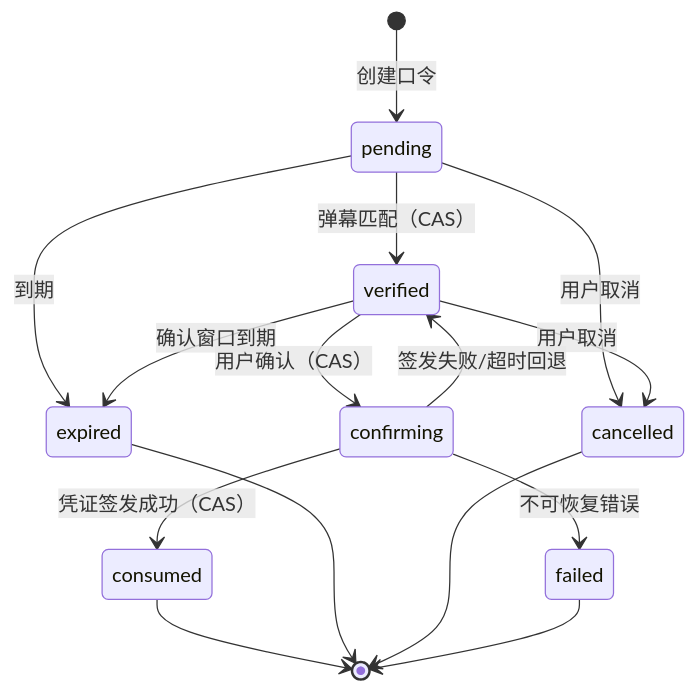
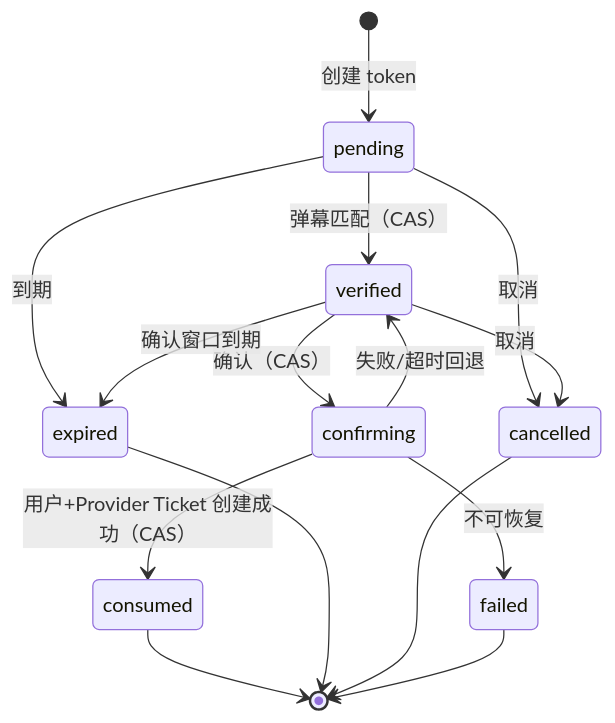
Before and after one commit to Deliay/z-vtuber: the third of 8 diagrams in docs/engineering/proposals/20261119-proposal-danmaku-account-auth.md, drawn with Mermaid. The commit also changed other lines of this file and 1 other file, not shown here.

````diff
--- a/docs/engineering/proposals/20261119-proposal-danmaku-account-auth.md
+++ b/docs/engineering/proposals/20261119-proposal-danmaku-account-auth.md
@@ -694,17 +716,17 @@
 ```mermaid
 stateDiagram-v2
-    [*] --> pending: 创建口令
+    [*] --> pending: 创建 token
     pending --> verified: 弹幕匹配（CAS）
     pending --> expired: 到期
-    pending --> cancelled: 用户取消
-    verified --> confirming: 用户确认（CAS）
+    pending --> cancelled: 取消
+    verified --> confirming: 确认（CAS）
     verified --> expired: 确认窗口到期
-    verified --> cancelled: 用户取消
-    confirming --> consumed: 凭证签发成功（CAS）
-    confirming --> verified: 签发失败/超时回退
-    confirming --> failed: 不可恢复错误
+    verified --> cancelled: 取消
+    confirming --> consumed: 用户+Provider Ticket 创建成功（CAS）
+    confirming --> verified: 失败/超时回退
+    confirming --> failed: 不可恢复
     consumed --> [*]
     expired --> [*]
     cancelled --> [*]
     failed --> [*]
 ```
````
